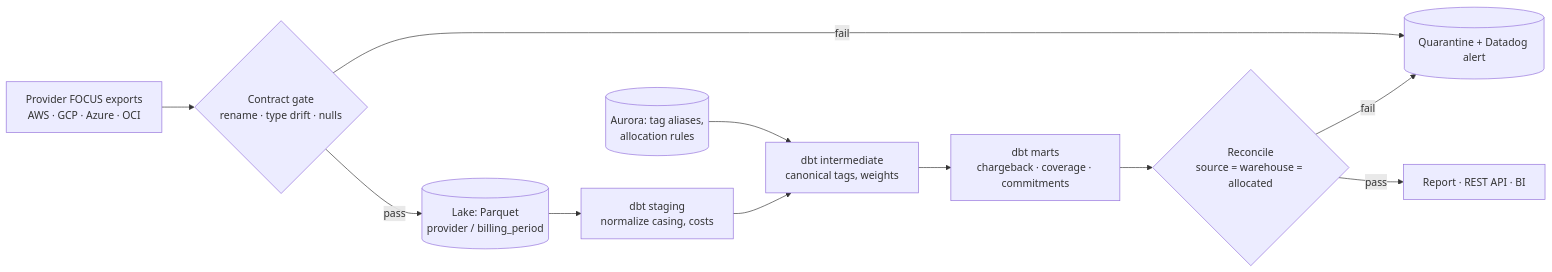
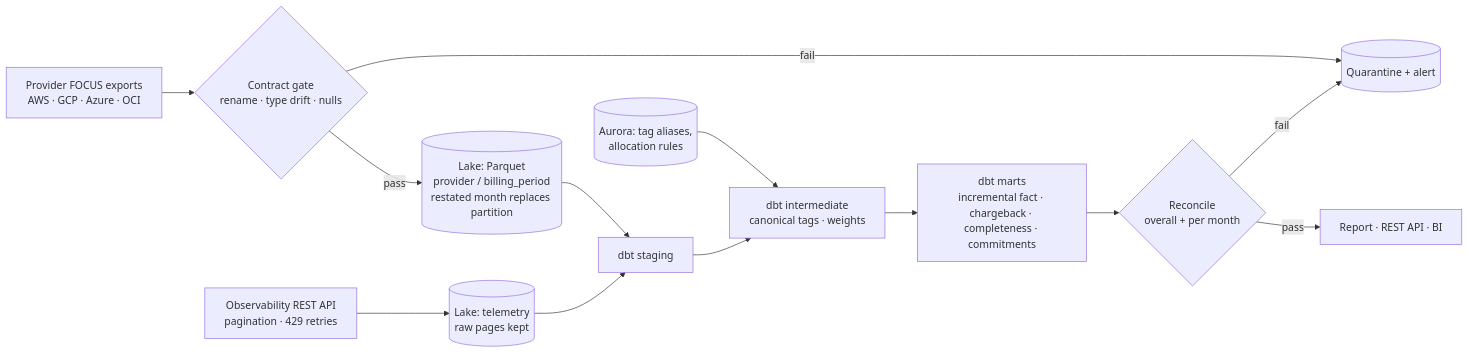
The diagram in README.md (vamshibharath/FinOps-outpost), drawn with Mermaid before and after one commit. The commit also changed other lines of this file and 37 other files, not shown here.

First line of the commit message:
Restatement-safe ingestion, telemetry-driven allocation, Scala Spark job, Dagster, completeness and savings benchmark

````diff
--- a/README.md
+++ b/README.md
@@ -33,13 +40,15 @@
 ```mermaid
 flowchart LR
   A[Provider FOCUS exports<br/>AWS · GCP · Azure · OCI] --> B{Contract gate<br/>rename · type drift · nulls}
-  B -- fail --> Q[(Quarantine + Datadog alert)]
-  B -- pass --> C[(Lake: Parquet<br/>provider / billing_period)]
-  C --> D[dbt staging<br/>normalize casing, costs]
+  B -- fail --> Q[(Quarantine + alert)]
+  B -- pass --> C[(Lake: Parquet<br/>provider / billing_period<br/>restated month replaces partition)]
+  T[Observability REST API<br/>pagination · 429 retries] --> TL[(Lake: telemetry<br/>raw pages kept)]
+  C --> D[dbt staging]
+  TL --> D
   R[(Aurora: tag aliases,<br/>allocation rules)] --> E
-  D --> E[dbt intermediate<br/>canonical tags, weights]
-  E --> F[dbt marts<br/>chargeback · coverage · commitments]
-  F --> G{Reconcile<br/>source = warehouse = allocated}
+  D --> E[dbt intermediate<br/>canonical tags · weights]
+  E --> F[dbt marts<br/>incremental fact · chargeback · completeness · commitments]
+  F --> G{Reconcile<br/>overall + per month}
   G -- fail --> Q
   G -- pass --> H[Report · REST API · BI]
 ```
````
